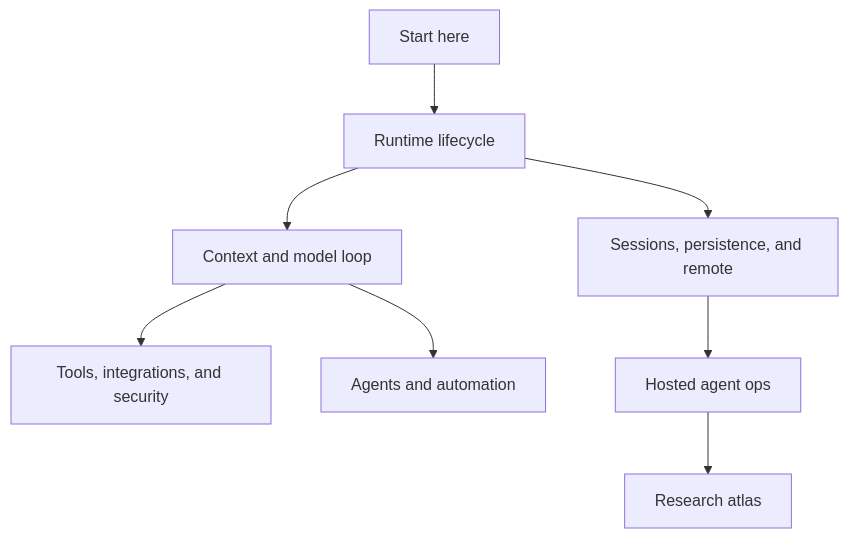
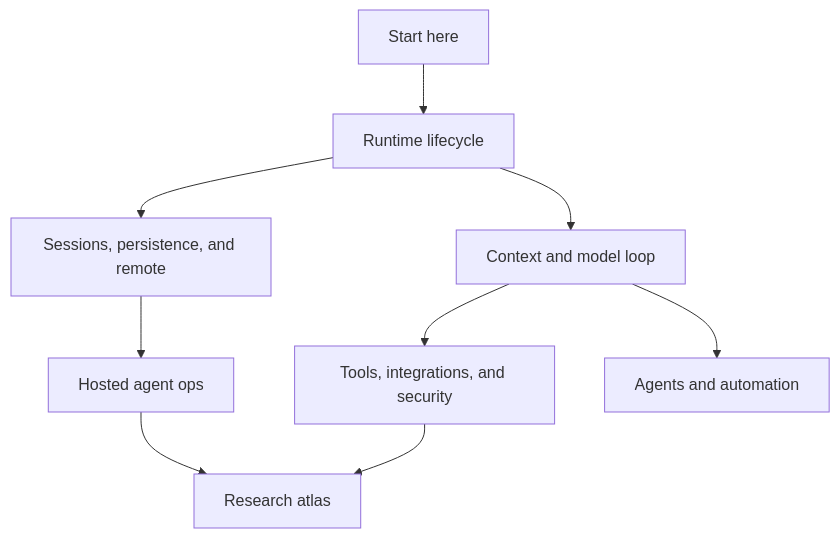
One commit to vibewatch/copilot-cli-internals changed the diagram in docs/00-start-here/README.md. Above: the diagram before and after it, drawn with Mermaid. The commit also changed other lines of this file and 66 other files, not shown here.

````diff
--- a/docs/00-start-here/README.md
+++ b/docs/00-start-here/README.md
@@ -25,19 +44,20 @@
 ```mermaid
 flowchart TD
     Start[Start here] --> Runtime[Runtime lifecycle]
     Runtime --> Loop[Context and model loop]
     Loop --> Tools[Tools, integrations, and security]
     Runtime --> Sessions[Sessions, persistence, and remote]
     Sessions --> Hosted[Hosted agent ops]
     Loop --> Agents[Agents and automation]
     Hosted --> Research[Research atlas]
+    Tools --> Research
 
     click Start "./" "Open Start here"
     click Runtime "../01-runtime-lifecycle/" "Open Runtime lifecycle"
     click Loop "../02-context-model-loop/" "Open Context and model loop"
     click Tools "../03-tools-integrations-security/" "Open Tools, integrations, and security"
     click Sessions "../04-sessions-persistence-remote/" "Open Sessions, persistence, and remote"
     click Hosted "../05-hosted-agent-ops/" "Open Hosted agent ops"
     click Agents "../06-agents-automation/" "Open Agents and automation"
     click Research "../99-research-atlas/" "Open Research atlas"
 ```
````
